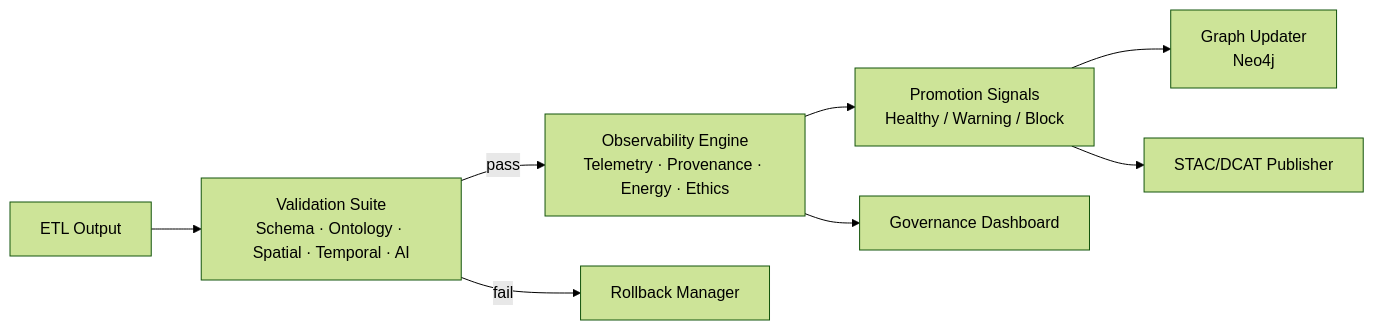
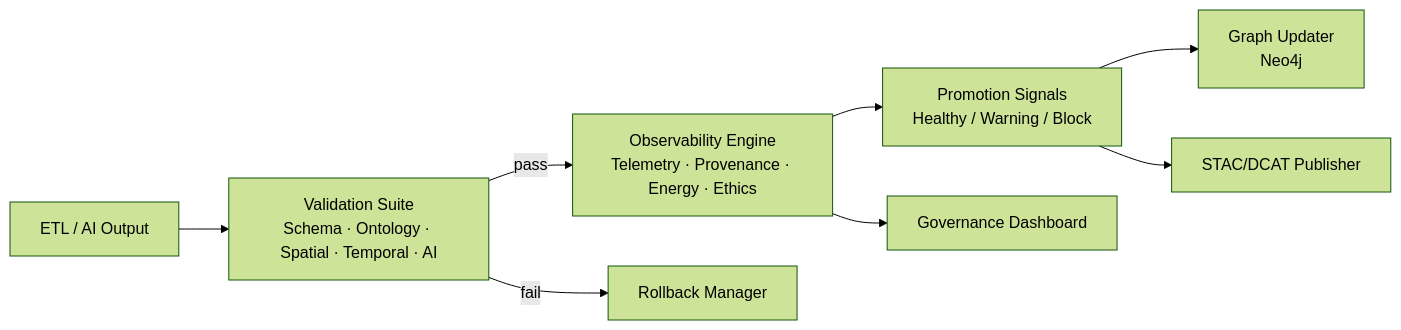
One commit to bartytime4life/Kansas-Frontier-Matrix changed the first of 2 diagrams in docs/pipelines/validation-observability/README.md. Above: the diagram before and after it, drawn with Mermaid (forest theme). The commit also changed other lines of this file, not shown here.

````diff
--- a/docs/pipelines/validation-observability/README.md
+++ b/docs/pipelines/validation-observability/README.md
@@ -91,10 +150,10 @@
-~~~mermaid
+```mermaid
 flowchart LR
-  A[ETL Output] --> B[Validation Suite<br/>Schema · Ontology · Spatial · Temporal · AI]
+  A[ETL / AI Output] --> B[Validation Suite<br/>Schema · Ontology · Spatial · Temporal · AI]
   B -->|pass| C[Observability Engine<br/>Telemetry · Provenance · Energy · Ethics]
   C --> D[Promotion Signals<br/>Healthy / Warning / Block]
   D --> E[Graph Updater<br/>Neo4j]
   D --> F[STAC/DCAT Publisher]
   B -->|fail| G[Rollback Manager]
   C --> H[Governance Dashboard]
-~~~
+```
````
